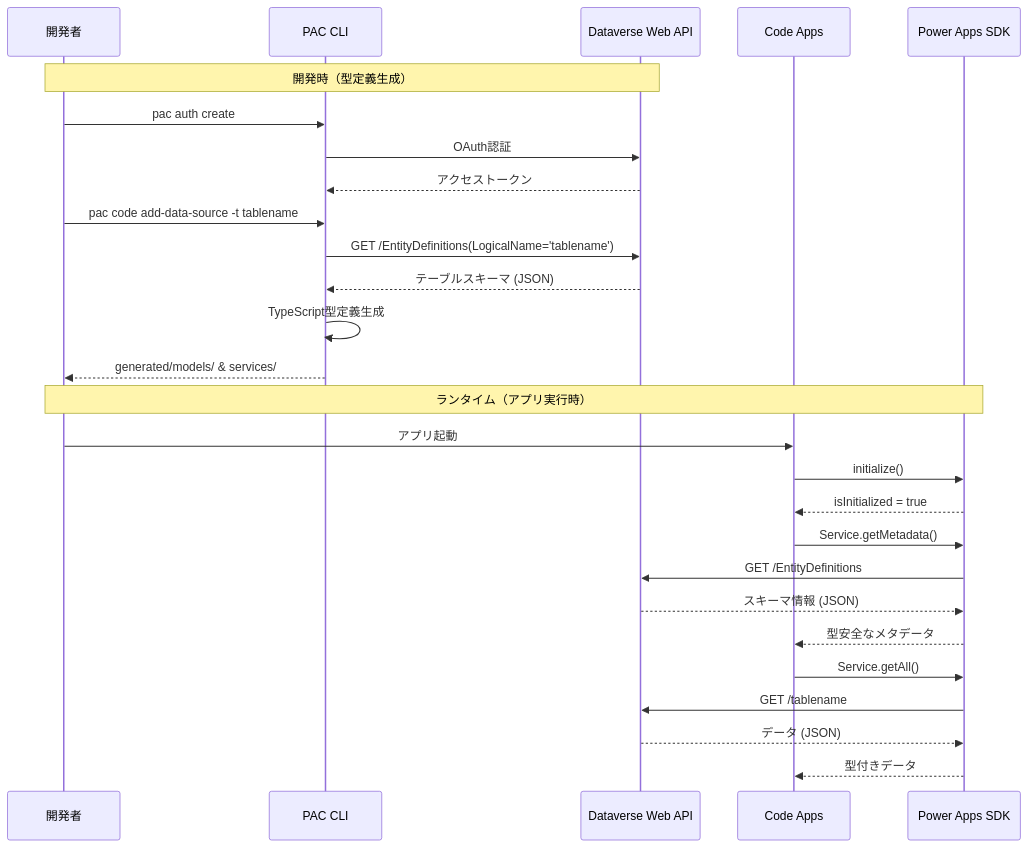
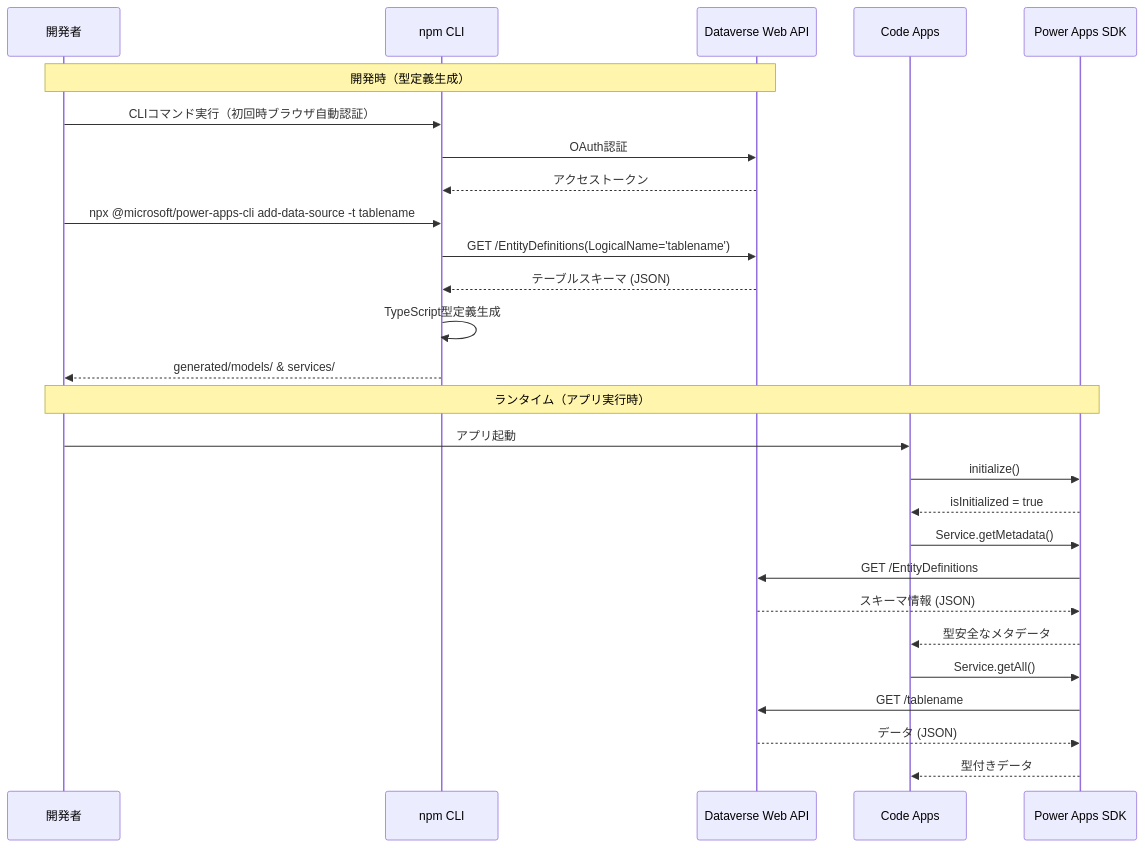
Before and after one commit to PLUG365/DecisionFlow: the third of 6 diagrams in PHASE3_DATA_INTEGRATION.md, drawn with Mermaid. The commit also changed other lines of this file and 12 other files, not shown here.

First line of the commit message:
docs: replace pac CLI with @microsoft/power-apps-cli npm package

````diff
--- a/PHASE3_DATA_INTEGRATION.md
+++ b/PHASE3_DATA_INTEGRATION.md
@@ -252,34 +252,34 @@
 ```mermaid
 sequenceDiagram
     participant Dev as 開発者
-    participant CLI as PAC CLI
+    participant CLI as npm CLI
     participant API as Dataverse Web API
     participant App as Code Apps
     participant SDK as Power Apps SDK
     
     Note over Dev,API: 開発時（型定義生成）
-    Dev->>CLI: pac auth create
+    Dev->>CLI: CLIコマンド実行（初回時ブラウザ自動認証）
     CLI->>API: OAuth認証
     API-->>CLI: アクセストークン
     
-    Dev->>CLI: pac code add-data-source -t tablename
+    Dev->>CLI: npx @microsoft/power-apps-cli add-data-source -t tablename
     CLI->>API: GET /EntityDefinitions(LogicalName='tablename')
     API-->>CLI: テーブルスキーマ (JSON)
     CLI->>CLI: TypeScript型定義生成
     CLI-->>Dev: generated/models/ & services/
     
     Note over Dev,SDK: ランタイム（アプリ実行時）
     Dev->>App: アプリ起動
     App->>SDK: initialize()
     SDK-->>App: isInitialized = true
     
     App->>SDK: Service.getMetadata()
     SDK->>API: GET /EntityDefinitions
     API-->>SDK: スキーマ情報 (JSON)
     SDK-->>App: 型安全なメタデータ
     
     App->>SDK: Service.getAll()
     SDK->>API: GET /tablename
     API-->>SDK: データ (JSON)
     SDK-->>App: 型付きデータ
 ```
````
